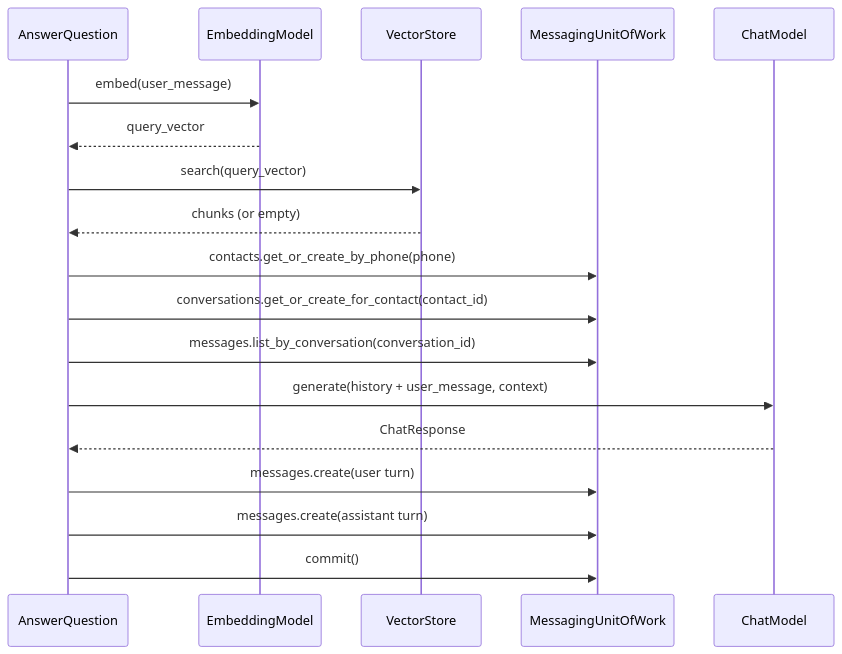
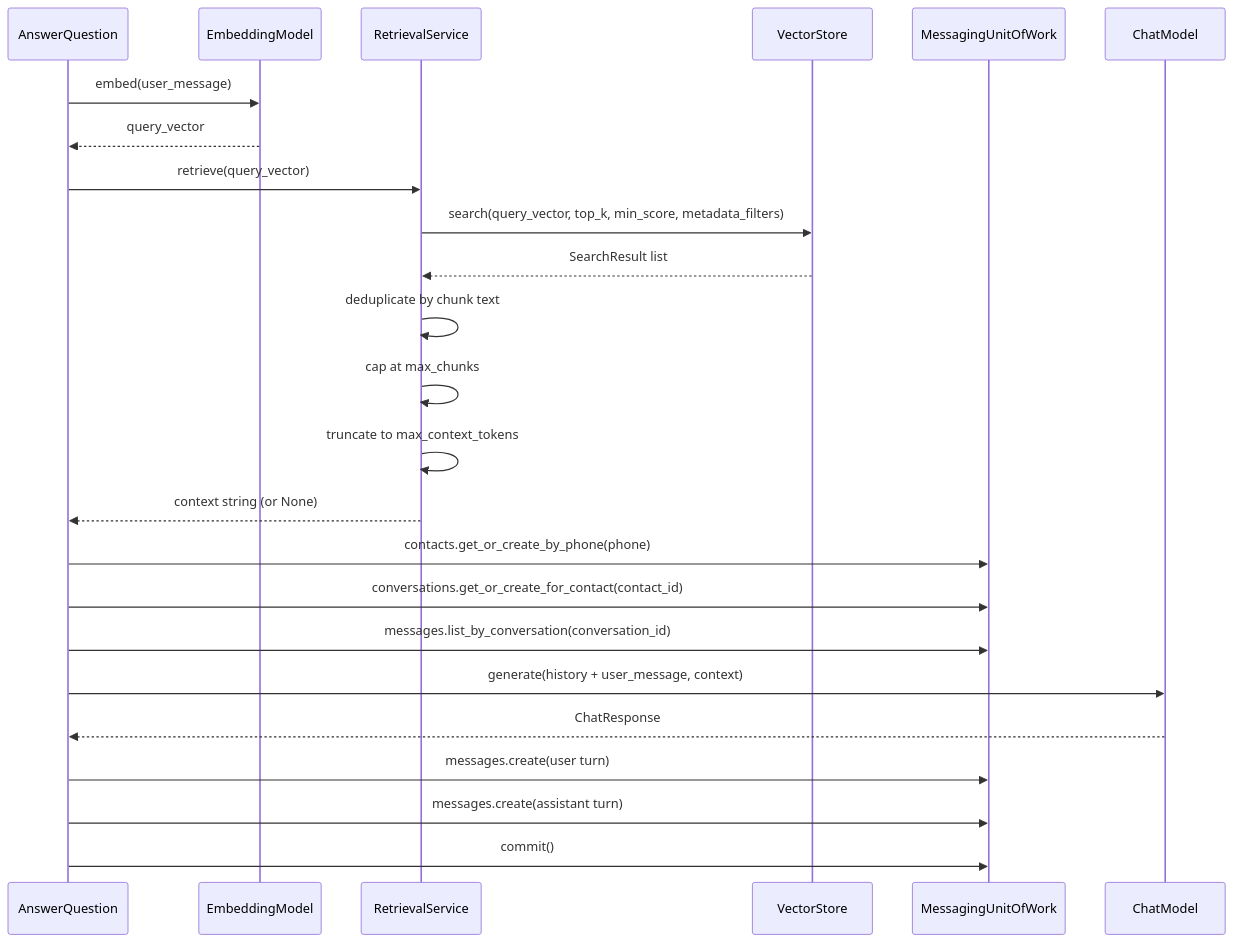
The first of 2 diagrams in app/application/support/README.md (camercadop/knowledge-support-ai-agent), drawn with Mermaid before and after one commit. The commit also changed other lines of this file and 15 other files, not shown here.

Commit message:
feat(support): introduce retrieval service for RAG context refinement

````diff
--- a/app/application/support/README.md
+++ b/app/application/support/README.md
@@ -15,21 +15,27 @@
 ```mermaid
 sequenceDiagram
     participant UC as AnswerQuestion
     participant Embed as EmbeddingModel
+    participant RS as RetrievalService
     participant VS as VectorStore
     participant UoW as MessagingUnitOfWork
     participant LLM as ChatModel
 
     UC->>Embed: embed(user_message)
     Embed-->>UC: query_vector
-    UC->>VS: search(query_vector)
-    VS-->>UC: chunks (or empty)
+    UC->>RS: retrieve(query_vector)
+    RS->>VS: search(query_vector, top_k, min_score, metadata_filters)
+    VS-->>RS: SearchResult list
+    RS->>RS: deduplicate by chunk text
+    RS->>RS: cap at max_chunks
+    RS->>RS: truncate to max_context_tokens
+    RS-->>UC: context string (or None)
     UC->>UoW: contacts.get_or_create_by_phone(phone)
     UC->>UoW: conversations.get_or_create_for_contact(contact_id)
     UC->>UoW: messages.list_by_conversation(conversation_id)
     UC->>LLM: generate(history + user_message, context)
     LLM-->>UC: ChatResponse
     UC->>UoW: messages.create(user turn)
     UC->>UoW: messages.create(assistant turn)
     UC->>UoW: commit()
 ```
````
